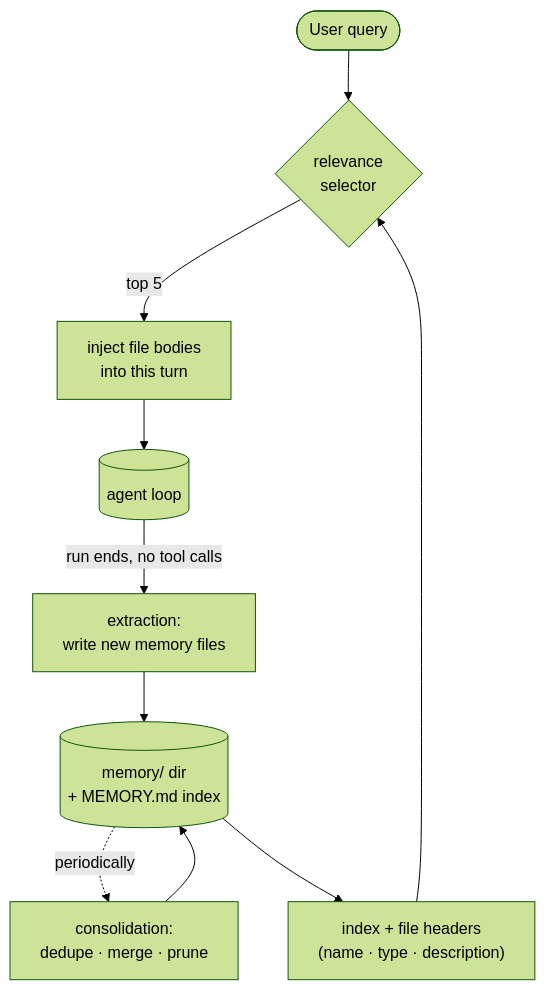
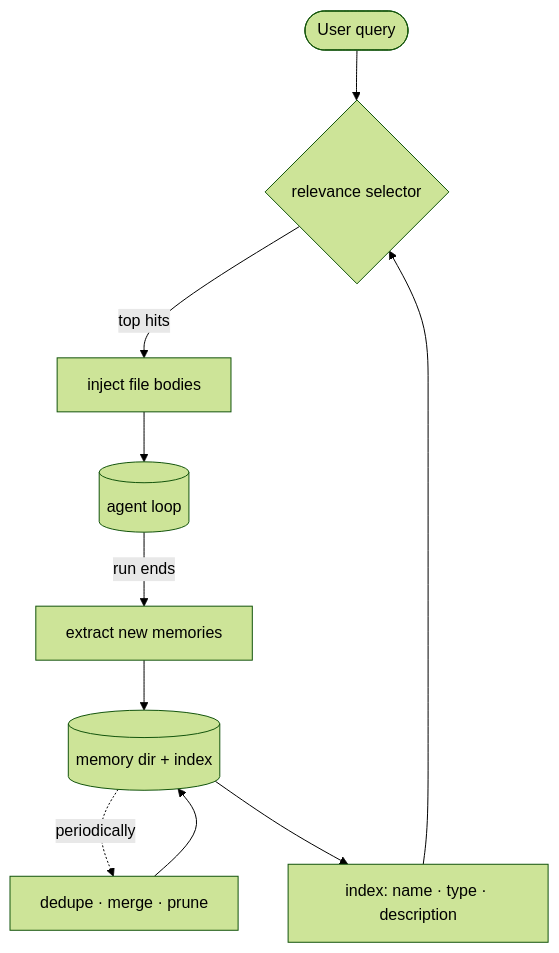
The diagram in sections/09-memory/README.md (hardness1020/awesome-agent-architecture), drawn with Mermaid (forest theme) before and after one commit. The commit also changed other lines of this file and 16 other files, not shown here.

````diff
--- a/sections/09-memory/README.md
+++ b/sections/09-memory/README.md
@@ -20,12 +26,12 @@
 ```mermaid
 flowchart TD
-    Q([User query]) --> SEL{relevance<br/>selector}
-    IDX["index + file headers<br/>(name · type · description)"] --> SEL
-    SEL -->|top 5| INJ[inject file bodies<br/>into this turn]
+    Q([User query]) --> SEL{relevance selector}
+    IDX["index: name · type · description"] --> SEL
+    SEL -->|top hits| INJ[inject file bodies]
     INJ --> L[(agent loop)]
-    L -->|run ends, no tool calls| EX[extraction:<br/>write new memory files]
-    EX --> STORE[(memory/ dir<br/>+ MEMORY.md index)]
-    STORE -.periodically.-> CON[consolidation:<br/>dedupe · merge · prune]
+    L -->|run ends| EX[extract new memories]
+    EX --> STORE[(memory dir + index)]
+    STORE -.periodically.-> CON[dedupe · merge · prune]
     CON --> STORE
     STORE --> IDX
 ```
````
